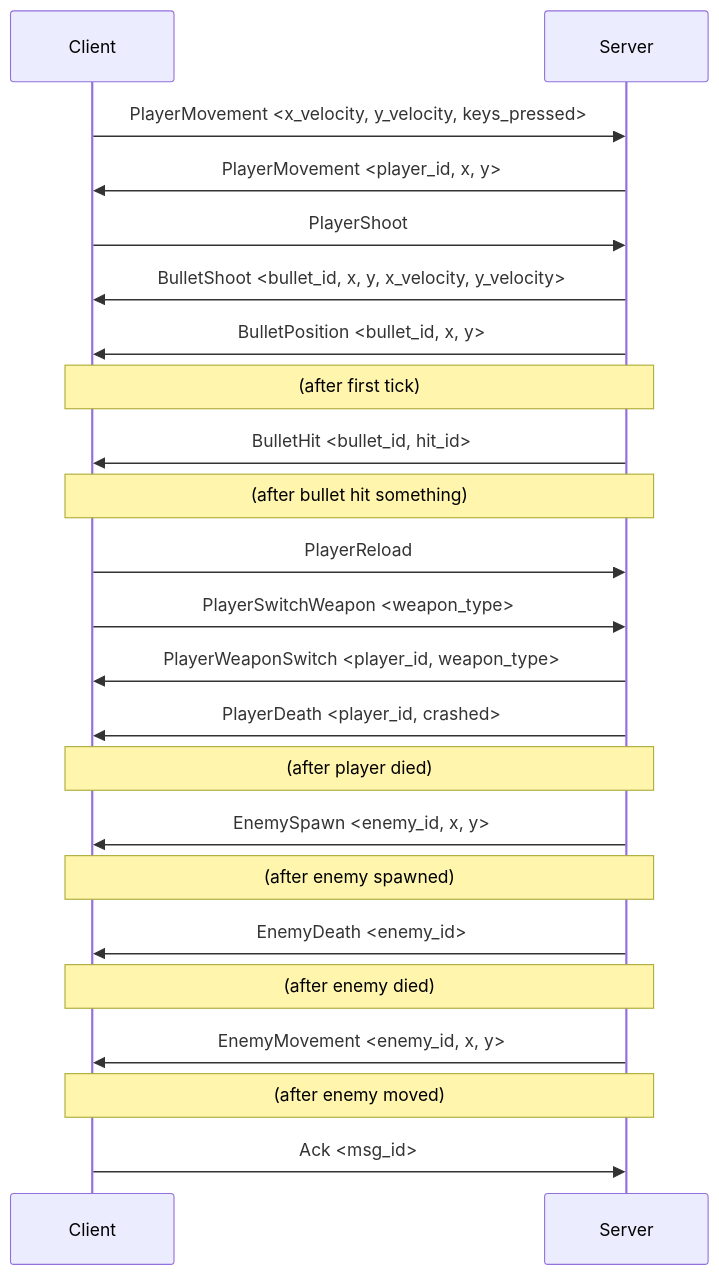
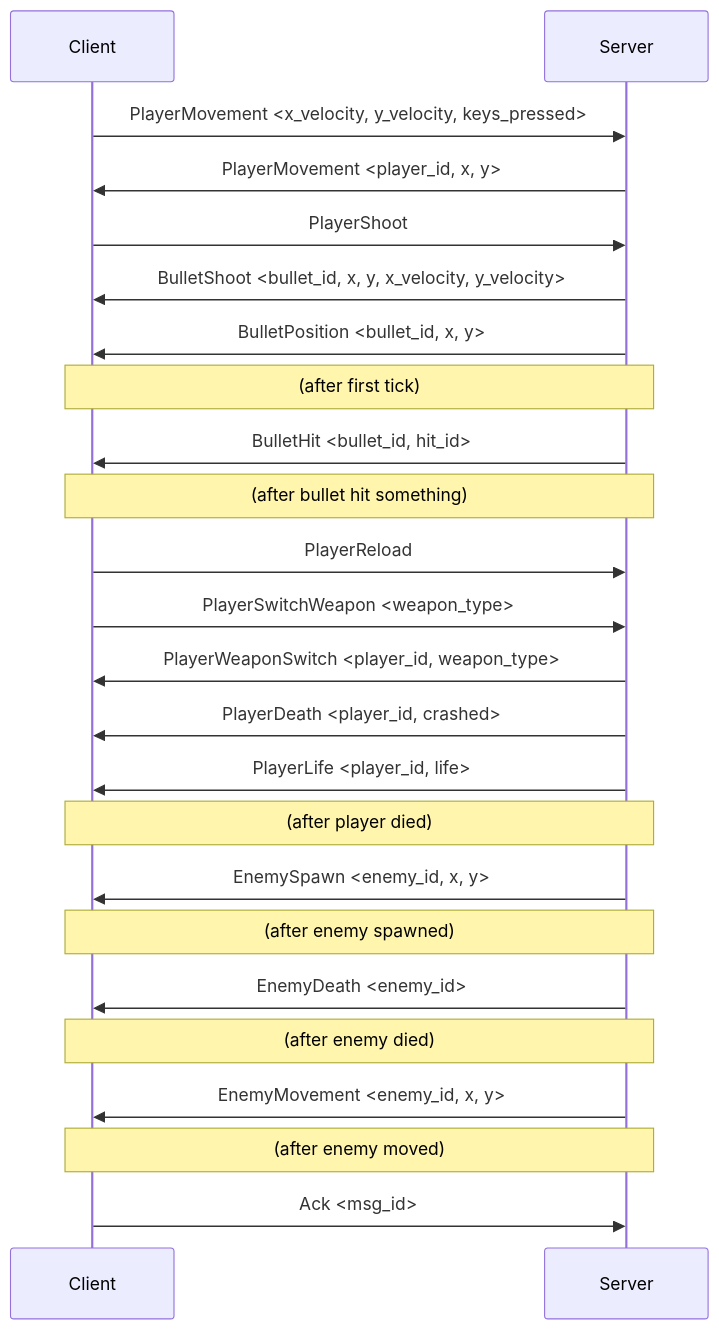
Before and after one commit to Miou-zora/R-Type: the second of 2 diagrams in docs/PROTOCOL.md, drawn with Mermaid. The commit also changed other lines of this file and 15 other files, not shown here.

First line of the commit message:
feat(core): add health text corresponding to actual life of player (#271)

````diff
--- a/docs/PROTOCOL.md
+++ b/docs/PROTOCOL.md
@@ -144,25 +145,26 @@
 ```mermaid
 sequenceDiagram
     participant C as Client
     participant S as Server
     C->>S: PlayerMovement <x_velocity, y_velocity, keys_pressed>
     S->>C: PlayerMovement <player_id, x, y>
     C->>S: PlayerShoot
     S->>C: BulletShoot <bullet_id, x, y, x_velocity, y_velocity>
     S->>C: BulletPosition <bullet_id, x, y>
     Note over C,S: (after first tick)
     S->>C: BulletHit <bullet_id, hit_id>
     Note over C,S: (after bullet hit something)
     C->>S: PlayerReload
     C->>S: PlayerSwitchWeapon <weapon_type>
     S->>C: PlayerWeaponSwitch <player_id, weapon_type>
     S->>C: PlayerDeath <player_id, crashed>
+    S->>C: PlayerLife <player_id, life>
     Note over C,S: (after player died)
     S->>C: EnemySpawn <enemy_id, x, y>
     Note over C,S: (after enemy spawned)
     S->>C: EnemyDeath <enemy_id>
     Note over C,S: (after enemy died)
     S->>C: EnemyMovement <enemy_id, x, y>
     Note over C,S: (after enemy moved)
     C->>S: Ack <msg_id>
 ```
````
